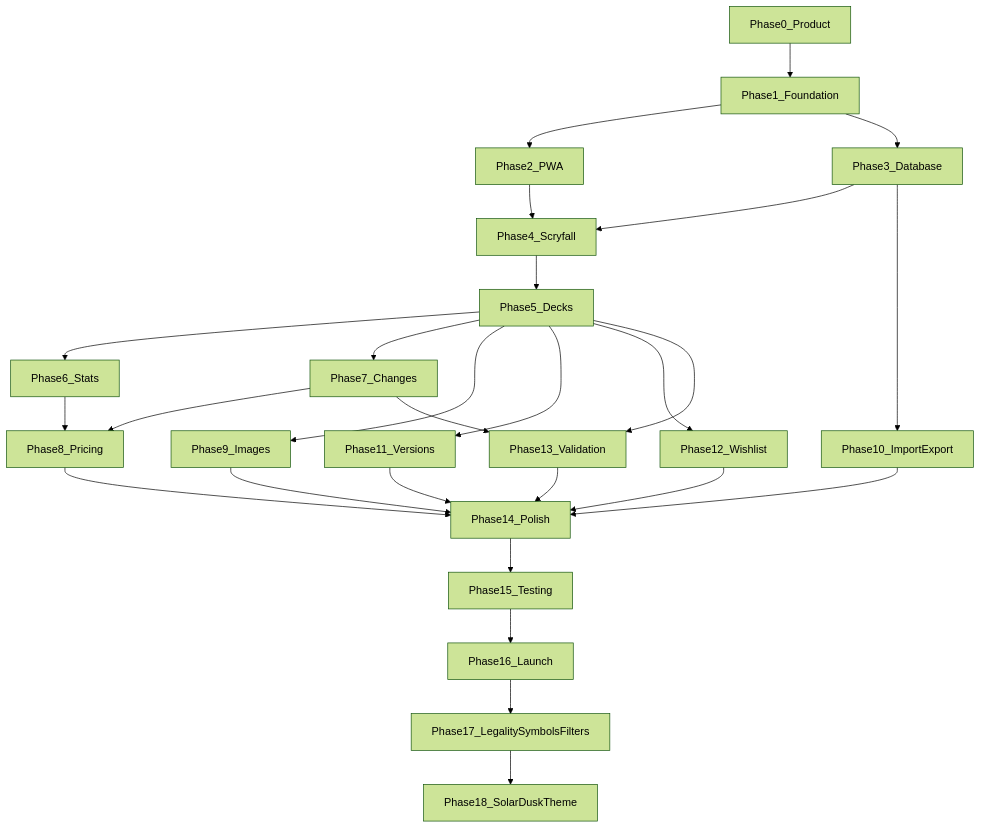
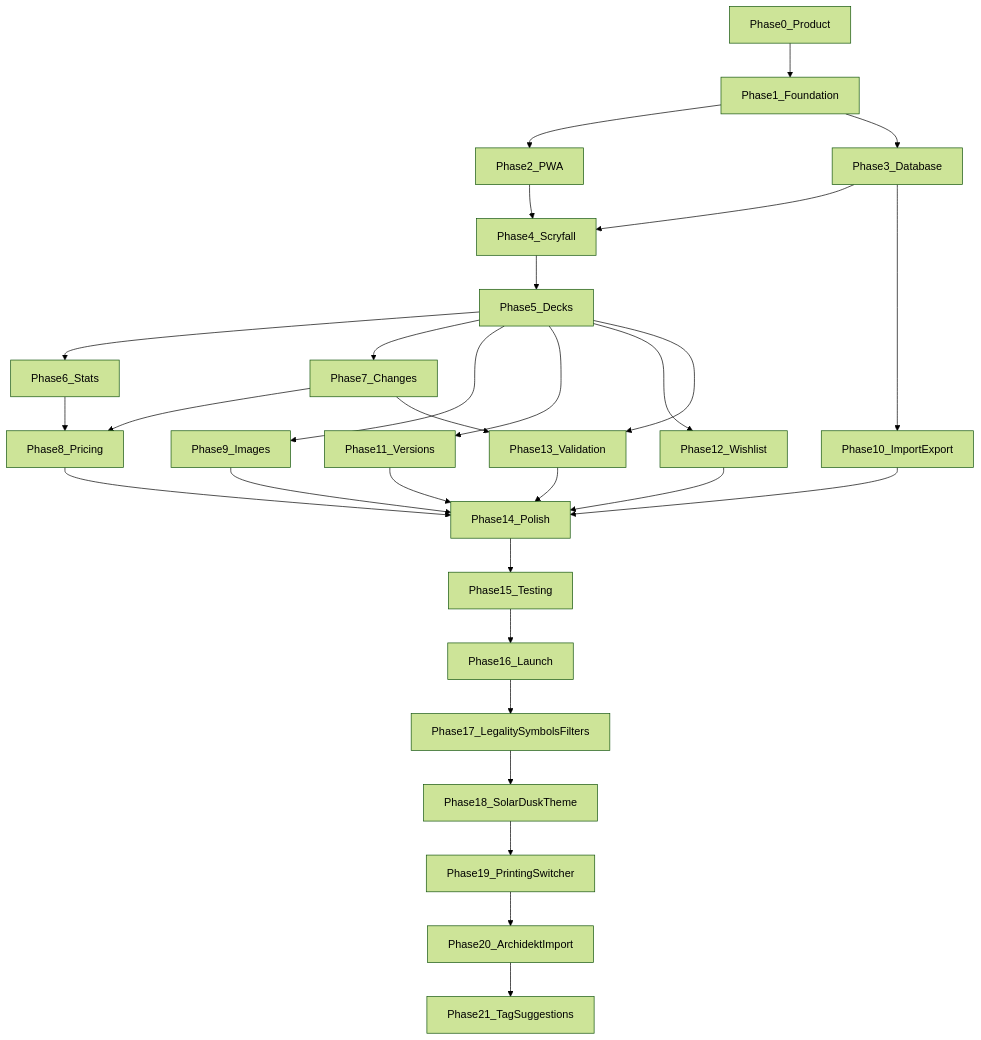
Before and after one commit to zeMenno/mtg-deck-manager: the diagram in build-plan/README.md, drawn with Mermaid (forest theme). The commit also changed other lines of this file and 45 other files, not shown here.

````diff
--- a/build-plan/README.md
+++ b/build-plan/README.md
@@ -55,29 +58,32 @@
 ```mermaid
 flowchart TD
   P0[Phase0_Product] --> P1[Phase1_Foundation]
   P1 --> P2[Phase2_PWA]
   P1 --> P3[Phase3_Database]
   P2 --> P4[Phase4_Scryfall]
   P3 --> P4
   P4 --> P5[Phase5_Decks]
   P5 --> P6[Phase6_Stats]
   P5 --> P7[Phase7_Changes]
   P6 --> P8[Phase8_Pricing]
   P7 --> P8
   P5 --> P9[Phase9_Images]
   P3 --> P10[Phase10_ImportExport]
   P5 --> P11[Phase11_Versions]
   P5 --> P12[Phase12_Wishlist]
   P5 --> P13[Phase13_Validation]
   P7 --> P13
   P8 --> P14[Phase14_Polish]
   P9 --> P14
   P10 --> P14
   P11 --> P14
   P12 --> P14
   P13 --> P14
   P14 --> P15[Phase15_Testing]
   P15 --> P16[Phase16_Launch]
   P16 --> P17[Phase17_LegalitySymbolsFilters]
   P17 --> P18[Phase18_SolarDuskTheme]
+  P18 --> P19[Phase19_PrintingSwitcher]
+  P19 --> P20[Phase20_ArchidektImport]
+  P20 --> P21[Phase21_TagSuggestions]
 ```
````
